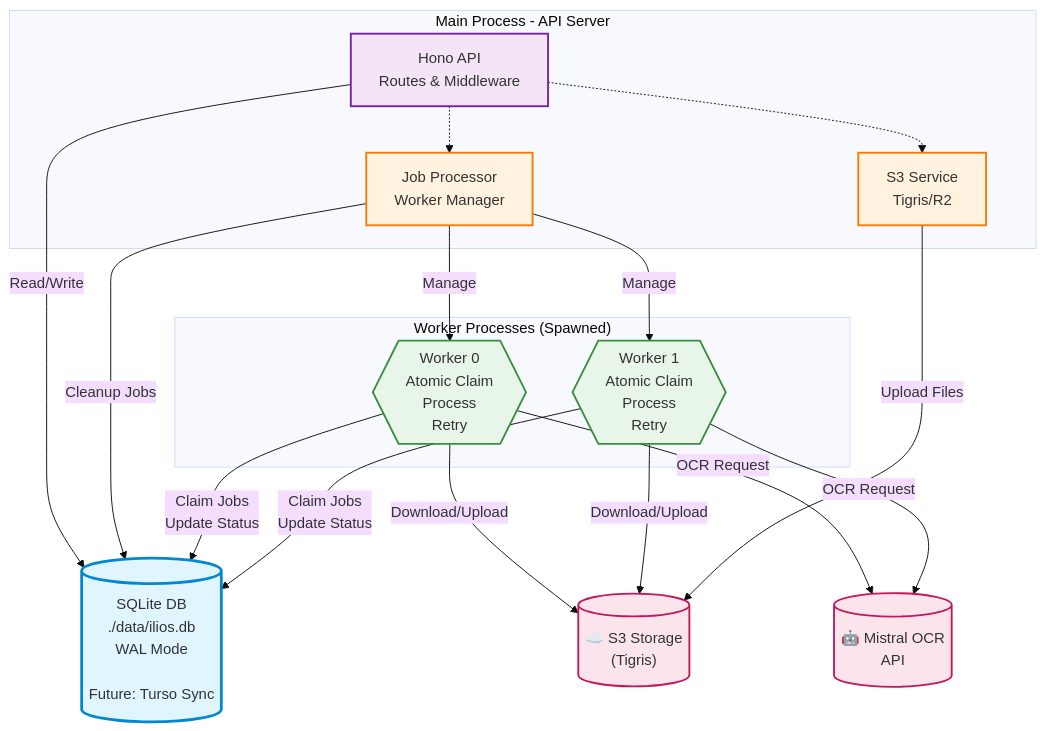
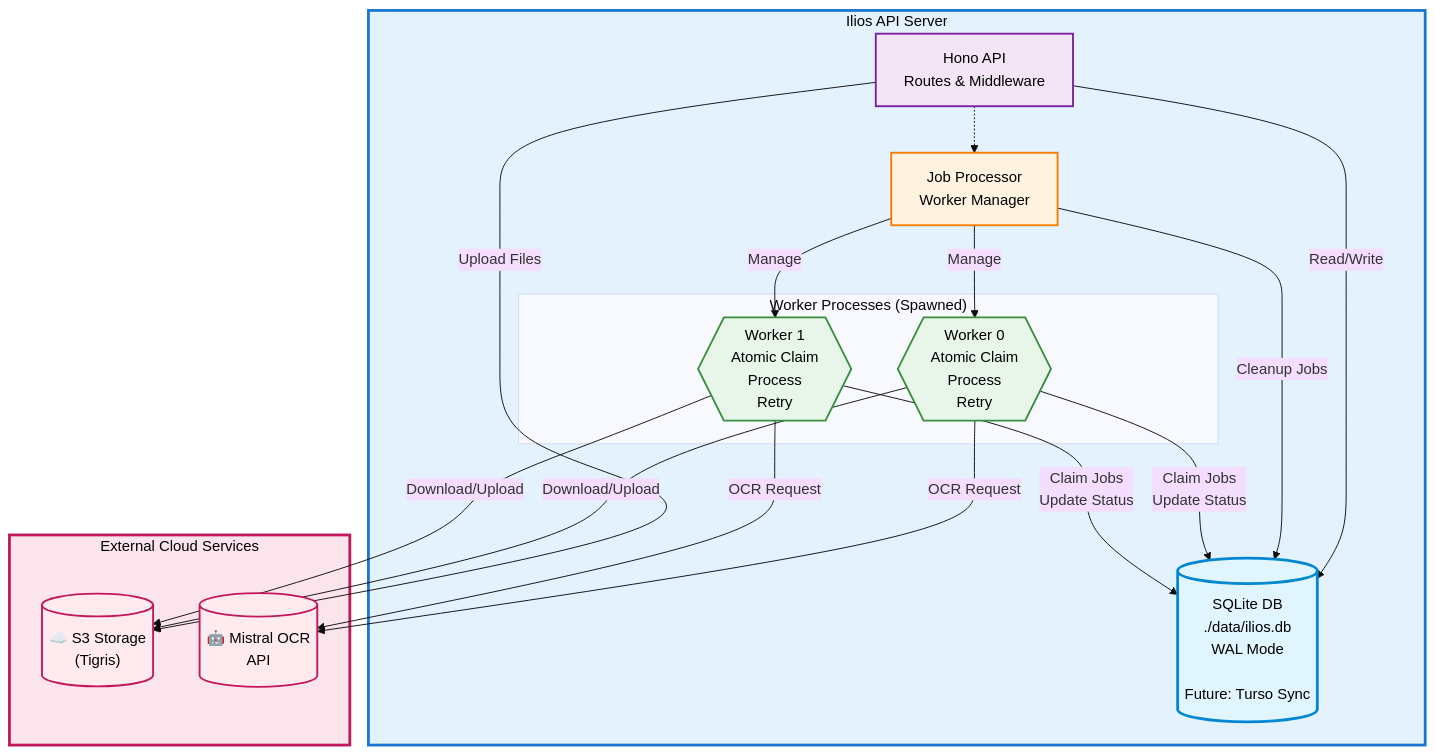
One commit to tobalo/ilios changed the first of 4 diagrams in README.md. Above: the diagram before and after it, drawn with Mermaid (base theme).

Commit message:
docs: friendlier text visuals

````diff
--- a/README.md
+++ b/README.md
@@ -26,46 +26,44 @@
 ```mermaid
 graph TB
-    subgraph "Main Process - API Server"
+    subgraph CORE["Ilios API Server"]
         API[Hono API<br/>Routes & Middleware]
         JP[Job Processor<br/>Worker Manager]
-        S3[S3 Service<br/>Tigris/R2]
+        DB[(SQLite DB<br/>./data/ilios.db<br/>WAL Mode<br/><br/>Future: Turso Sync)]
+        
+        subgraph "Worker Processes (Spawned)"
+            W0{{Worker 0<br/>Atomic Claim<br/>Process<br/>Retry}}
+            W1{{Worker 1<br/>Atomic Claim<br/>Process<br/>Retry}}
+        end
         
         API -.-> JP
-        API -.-> S3
+        API -->|Read/Write| DB
+        JP -->|Manage| W0
+        JP -->|Manage| W1
+        JP -->|Cleanup Jobs| DB
+        
+        W0 -->|Claim Jobs<br/>Update Status| DB
+        W1 -->|Claim Jobs<br/>Update Status| DB
     end
     
-    subgraph "Worker Processes (Spawned)"
-        W0{{Worker 0<br/>Atomic Claim<br/>Process<br/>Retry}}
-        W1{{Worker 1<br/>Atomic Claim<br/>Process<br/>Retry}}
+    subgraph EXT["External Cloud Services"]
+        EXT_S3[("☁️ S3 Storage<br/>(Tigris)")]
+        EXT_MISTRAL[("🤖 Mistral OCR<br/>API")]
     end
     
-    DB[(SQLite DB<br/>./data/ilios.db<br/>WAL Mode<br/><br/>Future: Turso Sync)]
-    
-    EXT_S3[("☁️ S3 Storage<br/>(Tigris)")]
-    EXT_MISTRAL[("🤖 Mistral OCR<br/>API")]
-    
-    API -->|Read/Write| DB
-    JP -->|Manage| W0
-    JP -->|Manage| W1
-    JP -->|Cleanup Jobs| DB
-    
-    W0 -->|Claim Jobs<br/>Update Status| DB
-    W1 -->|Claim Jobs<br/>Update Status| DB
-    
+    API -->|Upload Files| EXT_S3
     W0 -->|Download/Upload| EXT_S3
     W1 -->|Download/Upload| EXT_S3
     
     W0 -->|OCR Request| EXT_MISTRAL
     W1 -->|OCR Request| EXT_MISTRAL
     
-    S3 -->|Upload Files| EXT_S3
-    
-    style DB fill:#e1f5ff,stroke:#0288d1,stroke-width:3px
-    style API fill:#f3e5f5,stroke:#7b1fa2,stroke-width:2px
-    style JP fill:#fff3e0,stroke:#f57c00,stroke-width:2px
-    style S3 fill:#fff3e0,stroke:#f57c00,stroke-width:2px
-    style W0 fill:#e8f5e9,stroke:#388e3c,stroke-width:2px
-    style W1 fill:#e8f5e9,stroke:#388e3c,stroke-width:2px
-    style EXT_S3 fill:#fce4ec,stroke:#c2185b,stroke-width:2px
-    style EXT_MISTRAL fill:#fce4ec,stroke:#c2185b,stroke-width:2px
+    style CORE fill:#e3f2fd,stroke:#1976d2,stroke-width:3px,color:#000
+    style EXT fill:#fce4ec,stroke:#c2185b,stroke-width:3px,color:#000
+    style DB fill:#e1f5ff,stroke:#0288d1,stroke-width:3px,color:#000
+    style API fill:#f3e5f5,stroke:#7b1fa2,stroke-width:2px,color:#000
+    style JP fill:#fff3e0,stroke:#f57c00,stroke-width:2px,color:#000
+    style W0 fill:#e8f5e9,stroke:#388e3c,stroke-width:2px,color:#000
+    style W1 fill:#e8f5e9,stroke:#388e3c,stroke-width:2px,color:#000
+    style EXT_S3 fill:#ffebee,stroke:#c2185b,stroke-width:2px,color:#000
+    style EXT_MISTRAL fill:#ffebee,stroke:#c2185b,stroke-width:2px,color:#000
 ```
````
